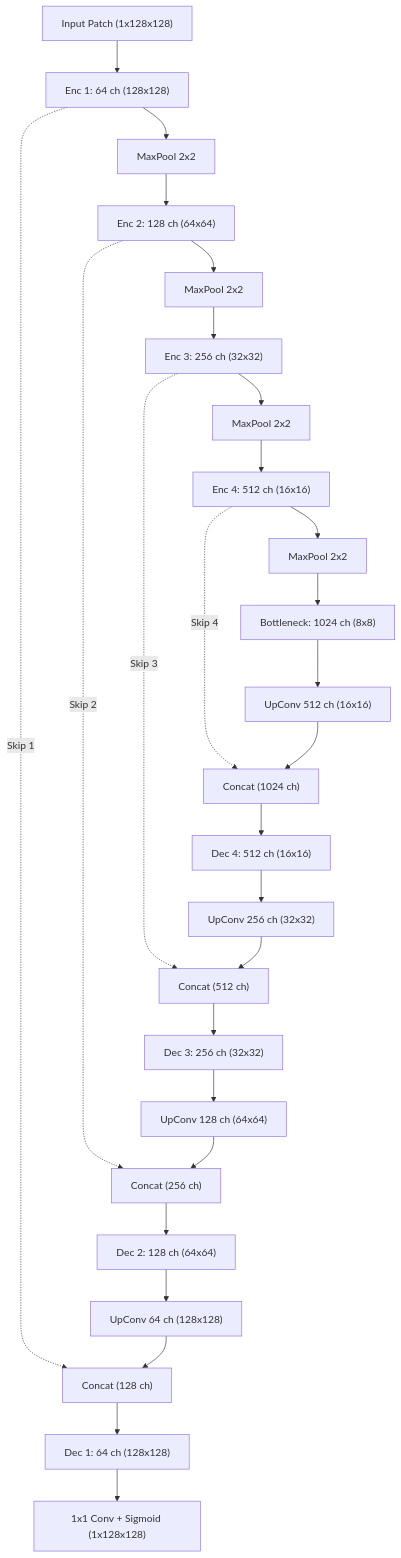
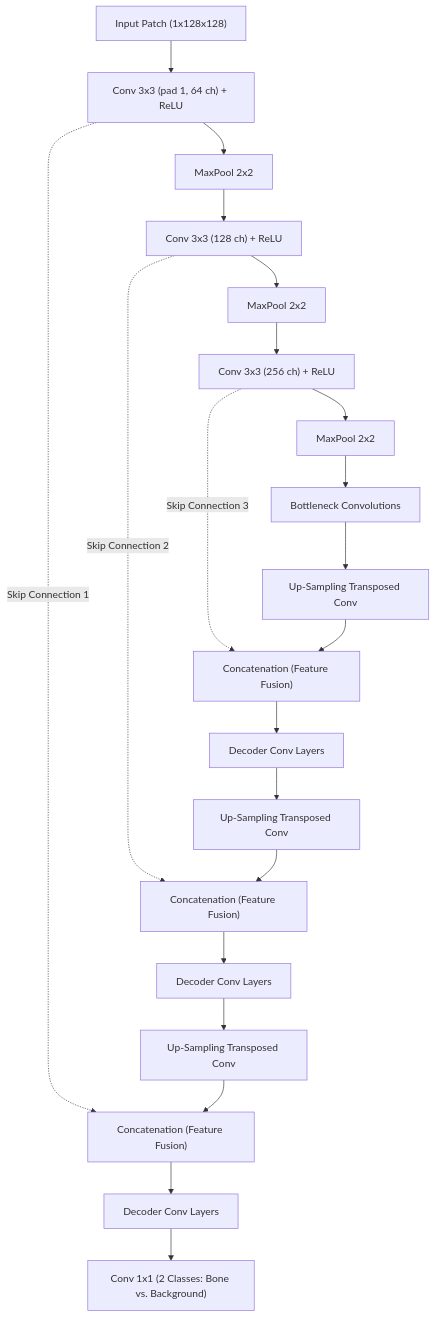
The diagram in docs/deep-learning-and-training.md (Nawaz393/spine-vertebrae-segmentation-architecture), drawn with Mermaid before and after one commit. The commit also changed other lines of this file and 11 other files, not shown here.

````diff
--- a/docs/deep-learning-and-training.md
+++ b/docs/deep-learning-and-training.md
@@ -13,34 +13,27 @@
 ```mermaid
 flowchart TD
-    IN["Input Patch (1x128x128)"] --> E1["Enc 1: 64 ch (128x128)"]
+    IN["Input Patch (1x128x128)"] --> E1["Conv 3x3 (pad 1, 64 ch) + ReLU"]
     E1 --> P1["MaxPool 2x2"]
-    P1 --> E2["Enc 2: 128 ch (64x64)"]
+    P1 --> E2["Conv 3x3 (128 ch) + ReLU"]
     E2 --> P2["MaxPool 2x2"]
-    P2 --> E3["Enc 3: 256 ch (32x32)"]
+    P2 --> E3["Conv 3x3 (256 ch) + ReLU"]
     E3 --> P3["MaxPool 2x2"]
-    P3 --> E4["Enc 4: 512 ch (16x16)"]
-    E4 --> P4["MaxPool 2x2"]
-    P4 --> B["Bottleneck: 1024 ch (8x8)"]
+    P3 --> B["Bottleneck Convolutions"]
 
-    B --> UP4["UpConv 512 ch (16x16)"]
-    E4 -.->|"Skip 4"| CAT4["Concat (1024 ch)"]
-    UP4 --> CAT4
-    CAT4 --> D4["Dec 4: 512 ch (16x16)"]
+    B --> UP3["Up-Sampling Transposed Conv"]
+    E3 -.->|"Skip Connection 3"| CAT3["Concatenation (Feature Fusion)"]
+    UP3 --> CAT3
+    CAT3 --> D3["Decoder Conv Layers"]
 
-    D4 --> UP3["UpConv 256 ch (32x32)"]
-    E3 -.->|"Skip 3"| CAT3["Concat (512 ch)"]
-    UP3 --> CAT3
-    CAT3 --> D3["Dec 3: 256 ch (32x32)"]
+    D3 --> UP2["Up-Sampling Transposed Conv"]
+    E2 -.->|"Skip Connection 2"| CAT2["Concatenation (Feature Fusion)"]
+    UP2 --> CAT2
+    CAT2 --> D2["Decoder Conv Layers"]
 
-    D3 --> UP2["UpConv 128 ch (64x64)"]
-    E2 -.->|"Skip 2"| CAT2["Concat (256 ch)"]
-    UP2 --> CAT2
-    CAT2 --> D2["Dec 2: 128 ch (64x64)"]
+    D2 --> UP1["Up-Sampling Transposed Conv"]
+    E1 -.->|"Skip Connection 1"| CAT1["Concatenation (Feature Fusion)"]
+    UP1 --> CAT1
+    CAT1 --> D1["Decoder Conv Layers"]
 
-    D2 --> UP1["UpConv 64 ch (128x128)"]
-    E1 -.->|"Skip 1"| CAT1["Concat (128 ch)"]
-    UP1 --> CAT1
-    CAT1 --> D1["Dec 1: 64 ch (128x128)"]
-
-    D1 --> OUT["1x1 Conv + Sigmoid (1x128x128)"]
+    D1 --> OUT["Conv 1x1 (2 Classes: Bone vs. Background)"]
 ```
````
